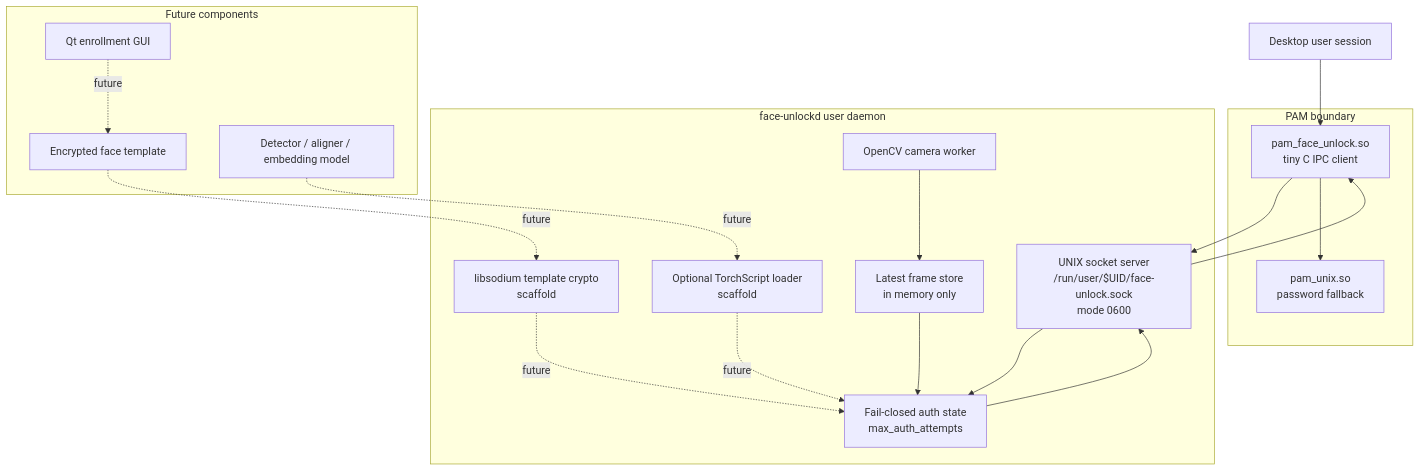
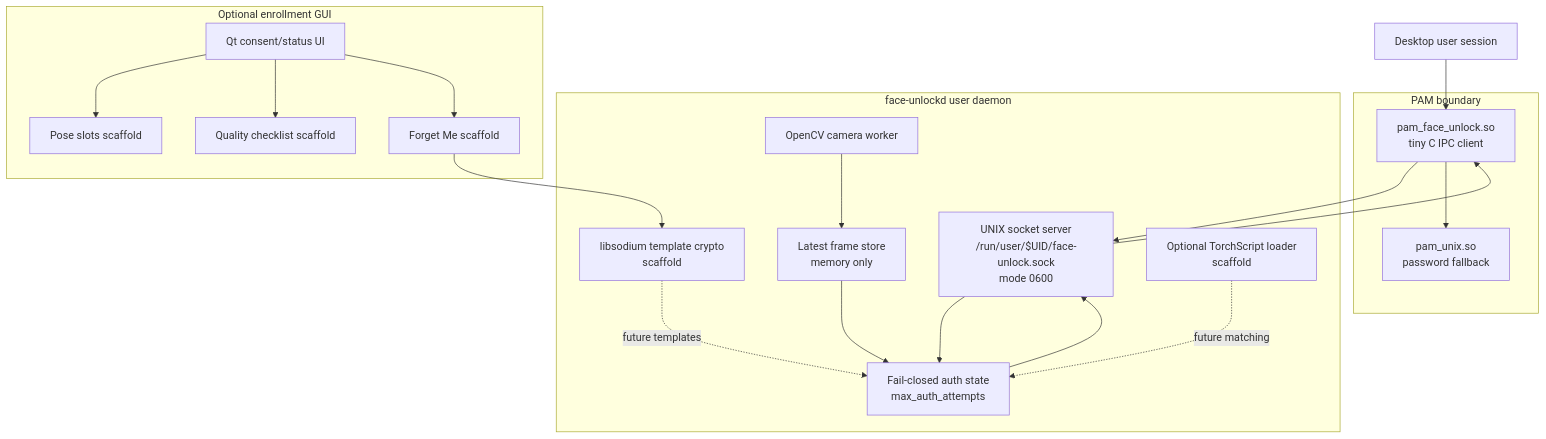
The first of 2 diagrams in README.md (justneeraj12/face-unlock-linux), drawn with Mermaid before and after one commit. The commit also changed other lines of this file, not shown here.

````diff
--- a/README.md
+++ b/README.md
@@ -113,39 +66,41 @@
 ```mermaid
 flowchart TD
     user["Desktop user session"]
 
     subgraph daemon["face-unlockd user daemon"]
         camera["OpenCV camera worker"]
-        frame["Latest frame store<br/>in memory only"]
+        frame["Latest frame store<br/>memory only"]
         socket["UNIX socket server<br/>/run/user/$UID/face-unlock.sock<br/>mode 0600"]
         auth["Fail-closed auth state<br/>max_auth_attempts"]
         crypto["libsodium template crypto<br/>scaffold"]
         torch["Optional TorchScript loader<br/>scaffold"]
     end
 
     subgraph pam["PAM boundary"]
         pammod["pam_face_unlock.so<br/>tiny C IPC client"]
         pamunix["pam_unix.so<br/>password fallback"]
     end
 
-    subgraph future["Future components"]
-        gui["Qt enrollment GUI"]
-        template["Encrypted face template"]
-        model["Detector / aligner / embedding model"]
+    subgraph gui["Optional enrollment GUI"]
+        qtw["Qt consent/status UI"]
+        pose["Pose slots scaffold"]
+        quality["Quality checklist scaffold"]
+        forget["Forget Me scaffold"]
     end
 
     user --> pammod
     pammod --> socket
     socket --> auth
     camera --> frame
     frame --> auth
     auth --> socket
     socket --> pammod
     pammod --> pamunix
 
-    gui -. future .-> template
-    template -. future .-> crypto
-    model -. future .-> torch
-    torch -. future .-> auth
-    crypto -. future .-> auth
+    qtw --> pose
+    qtw --> quality
+    qtw --> forget
+    forget --> crypto
+    torch -. future matching .-> auth
+    crypto -. future templates .-> auth
 ```
````
